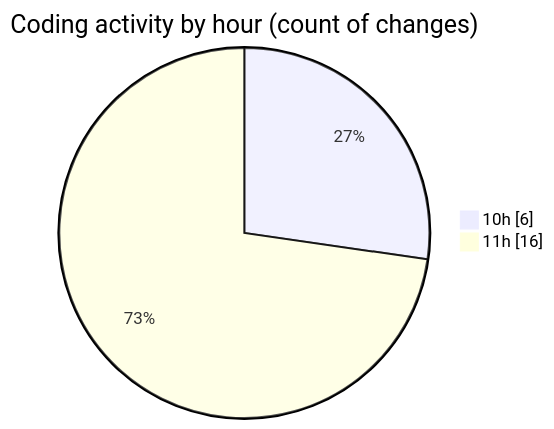
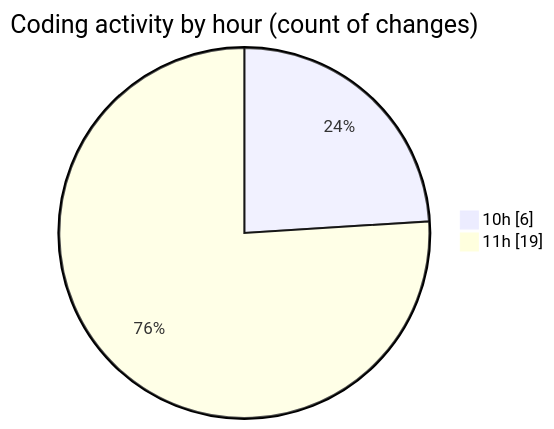
Before and after one commit to nxtqubesakshisongat/code-tracking: the second of 2 diagrams in 2025-05-05/nxtqube_webapp/README.md, drawn with Mermaid. The commit also changed other lines of this file and 1 other file, not shown here.

````diff
--- a/2025-05-05/nxtqube_webapp/README.md
+++ b/2025-05-05/nxtqube_webapp/README.md
@@ -28,6 +28,6 @@
 ```mermaid
 pie showData
 title Coding activity by hour (count of changes)
 "10h" : 6
-"11h" : 16
+"11h" : 19
 ```
````
